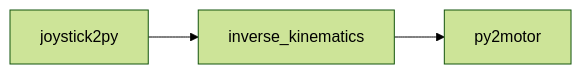
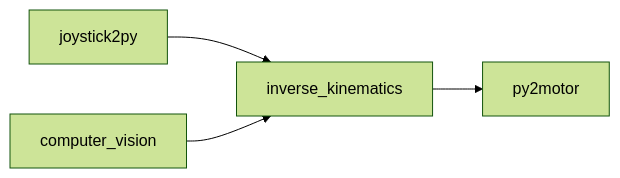
The diagram in docs/architecture/core.md (thomasonzhou/ball-balancing-software), drawn with Mermaid (forest theme) before and after one commit. The commit also changed other lines of this file and 17 other files, not shown here.

````diff
--- a/docs/architecture/core.md
+++ b/docs/architecture/core.md
@@ -1,4 +1,5 @@
 ```mermaid
 flowchart LR
     joystick2py --> inverse_kinematics --> py2motor
+    computer_vision --> inverse_kinematics
 ```
````
